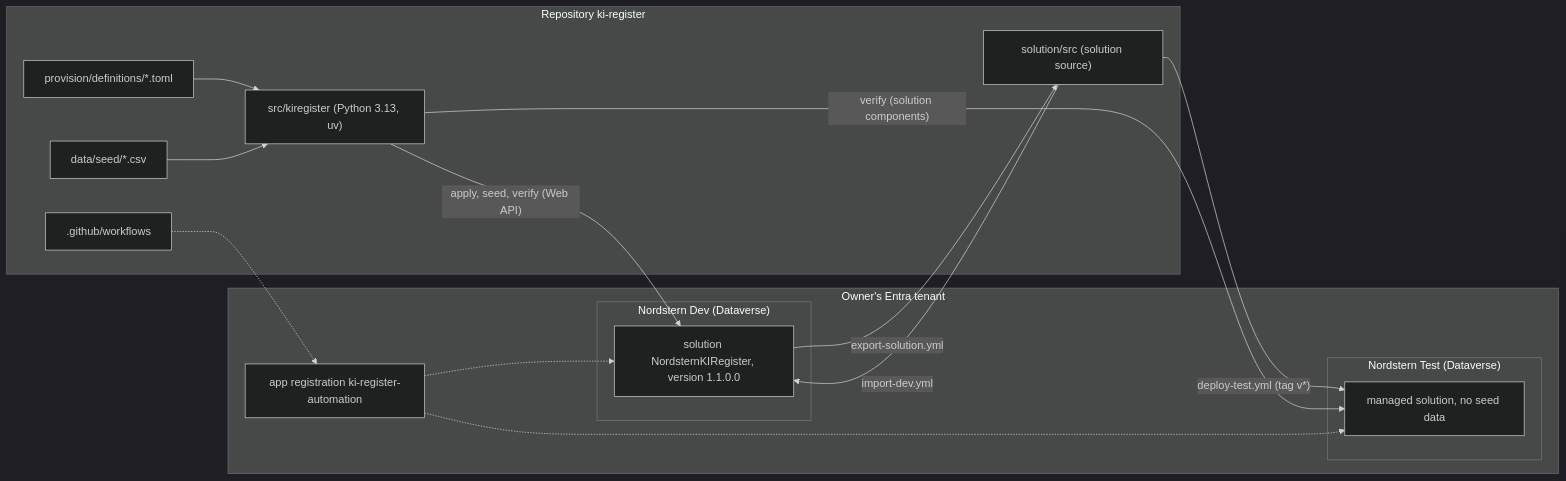
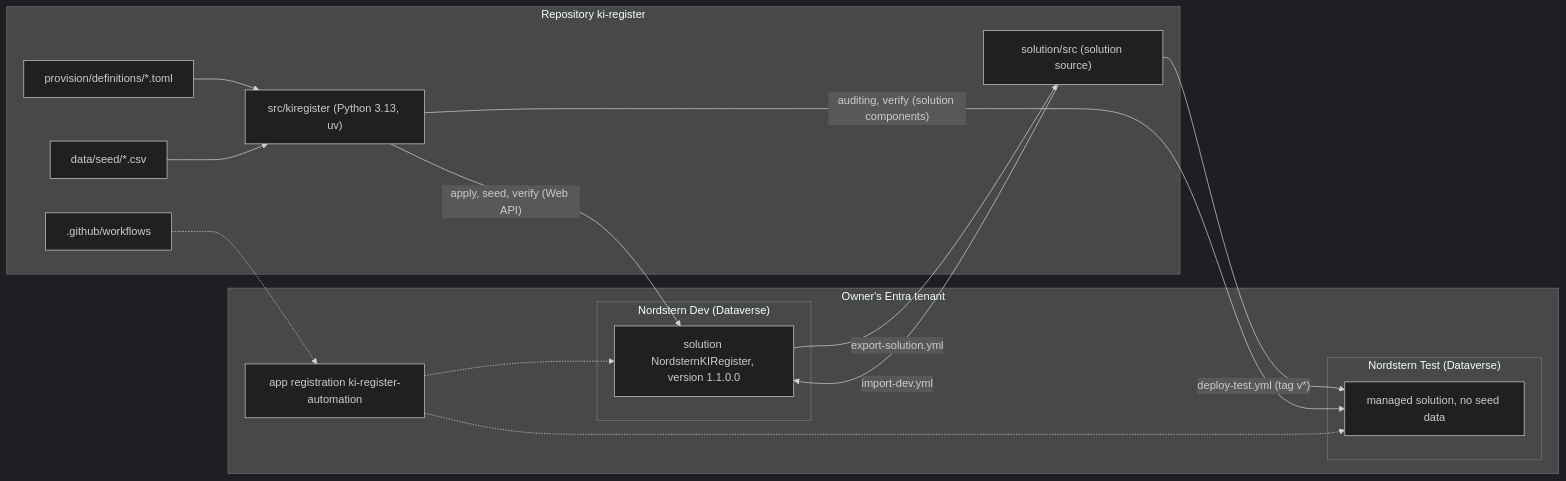
One commit to HARISPAARTAN/ki-register changed the diagram in README.en.md. Above: the diagram before and after it, drawn with Mermaid (dark theme). The commit also changed other lines of this file and 11 other files, not shown here.

````diff
--- a/README.en.md
+++ b/README.en.md
@@ -15,29 +15,29 @@
 ```mermaid
 flowchart LR
     subgraph Repo["Repository ki-register"]
         defs["provision/definitions/*.toml"]
         pkg["src/kiregister (Python 3.13, uv)"]
         seed["data/seed/*.csv"]
         src["solution/src (solution source)"]
         wf[".github/workflows"]
     end
     subgraph Tenant["Owner's Entra tenant"]
         sp["app registration ki-register-automation"]
         subgraph Dev["Nordstern Dev (Dataverse)"]
             devsol["solution NordsternKIRegister, version 1.1.0.0"]
         end
         subgraph Test["Nordstern Test (Dataverse)"]
             testsol["managed solution, no seed data"]
         end
     end
     defs --> pkg
     seed --> pkg
     pkg -->|"apply, seed, verify (Web API)"| devsol
     devsol -->|"export-solution.yml"| src
     src -->|"import-dev.yml"| devsol
     src -->|"deploy-test.yml (tag v*)"| testsol
-    pkg -->|"verify (solution components)"| testsol
+    pkg -->|"auditing, verify (solution components)"| testsol
     wf -.-> sp
     sp -.-> devsol
     sp -.-> testsol
 ```
````
